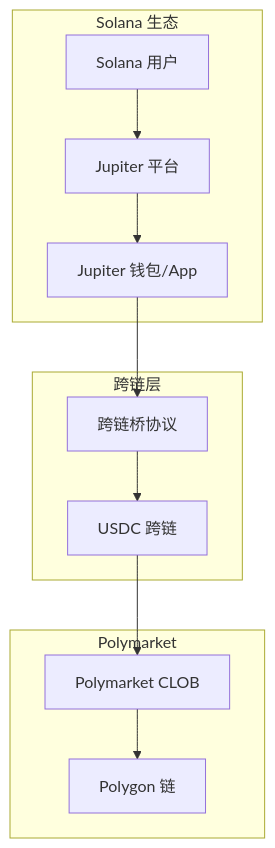
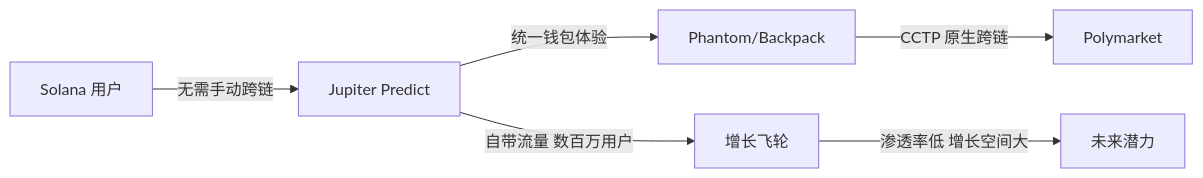
One commit to survivorff/polymarket_research changed the third of 5 diagrams in research/11_jupiter/analysis.md. Above: the diagram before and after it, drawn with Mermaid. The commit also changed other lines of this file and 10 other files, not shown here.

First line of the commit message:
深度补充11个平台分析报告：实测数据、完整UX路径、Mermaid流程图

````diff
--- a/research/11_jupiter/analysis.md
+++ b/research/11_jupiter/analysis.md
@@ -29,25 +86,8 @@
 ```mermaid
-graph TD
-    subgraph Solana 生态
-        A[Solana 用户]
-        B[Jupiter 平台]
-        C[Jupiter 钱包/App]
-    end
-    
-    subgraph 跨链层
-        D[跨链桥协议]
-        E[USDC 跨链]
-    end
-    
-    subgraph Polymarket
-        F[Polymarket CLOB]
-        G[Polygon 链]
-    end
-    
-    A --> B
-    B --> C
-    C --> D
-    D --> E
-    E --> F
-    F --> G
+graph LR
+    A[Solana 用户] -->|无需手动跨链| B[Jupiter Predict]
+    B -->|统一钱包体验| C[Phantom/Backpack]
+    C -->|CCTP 原生跨链| D[Polymarket]
+    B -->|自带流量 数百万用户| E[增长飞轮]
+    E -->|渗透率低 增长空间大| F[未来潜力]
 ```
````
